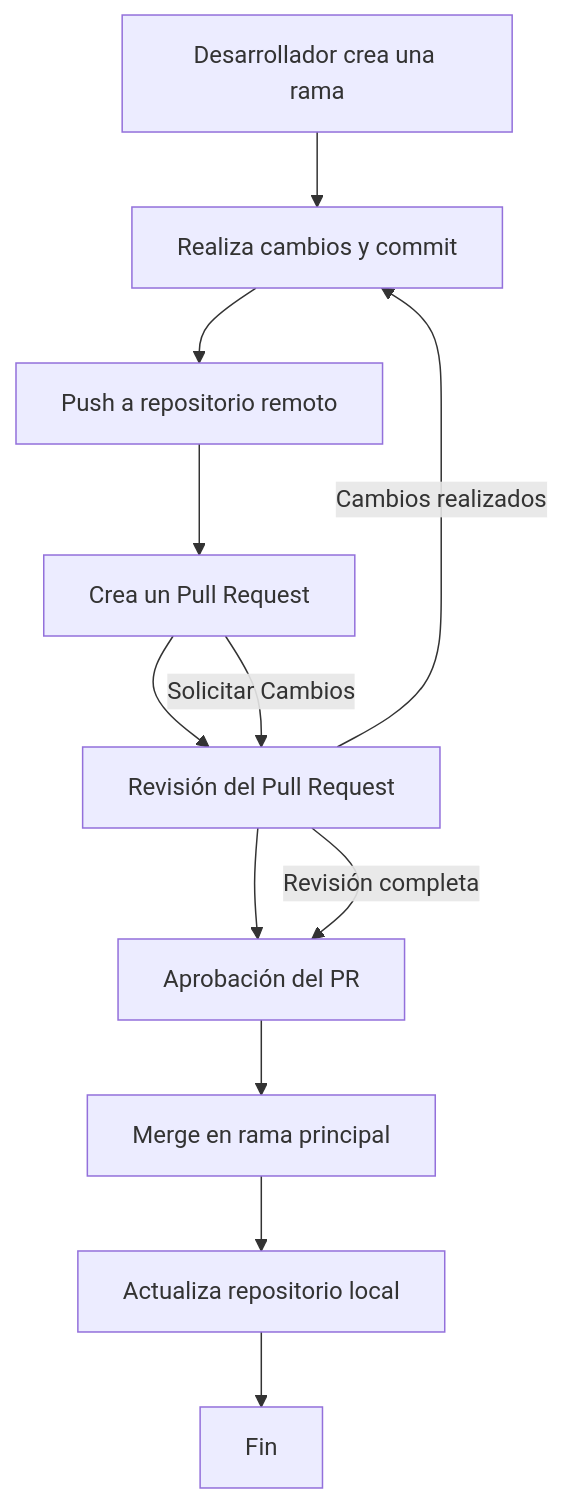
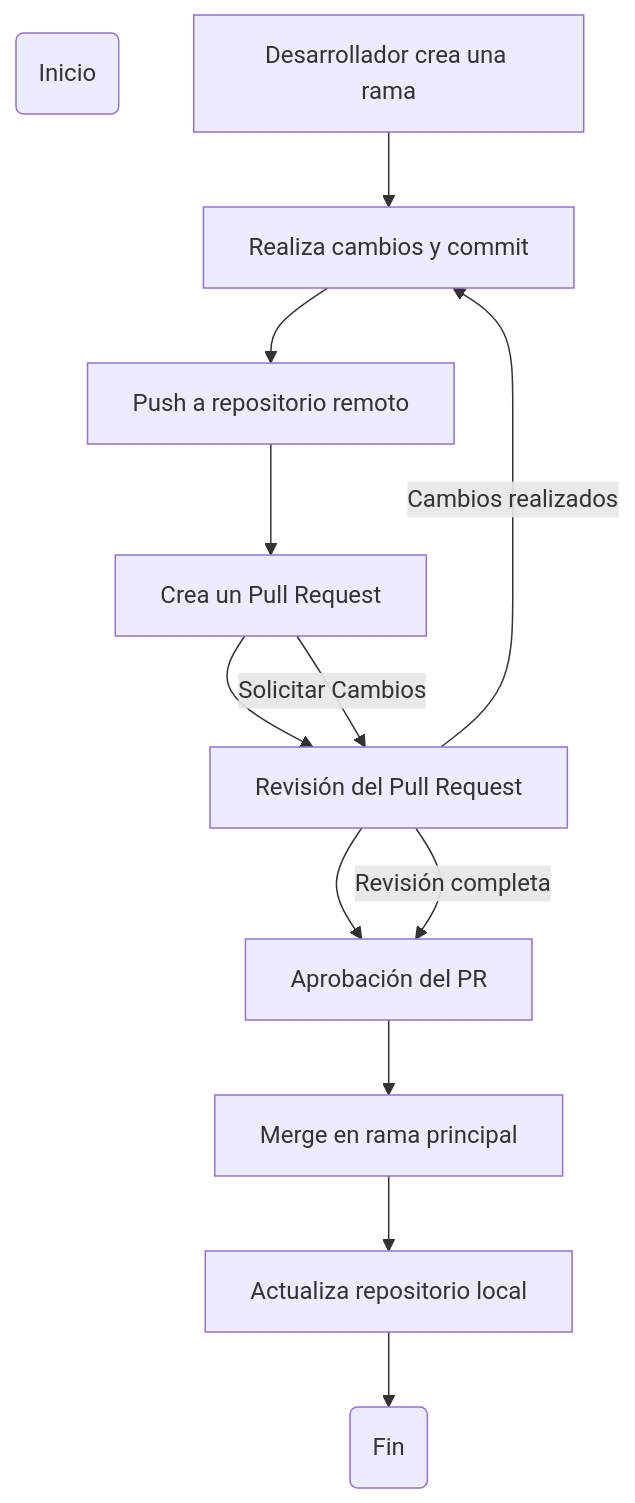
One commit to Analisis-y-metodologia-de-sistemas-2024/DiagramaPullRequest changed the diagram in README.md. Above: the diagram before and after it, drawn with Mermaid.

````diff
--- a/README.md
+++ b/README.md
@@ -2,15 +2,16 @@
 ```mermaid
 flowchart TD
+    X(Inicio)
     A[Desarrollador crea una rama] --> B[Realiza cambios y commit]
     B --> C[Push a repositorio remoto]
     C --> D[Crea un Pull Request]
     D --> E[Revisión del Pull Request]
     E --> F[Aprobación del PR]
     F --> G[Merge en rama principal]
     G --> H[Actualiza repositorio local]
-    H --> I[Fin]
+    H --> I(Fin)
     
     D -->|Solicitar Cambios| E
     E -->|Cambios realizados| B
     E -->|Revisión completa| F
 ```
````
